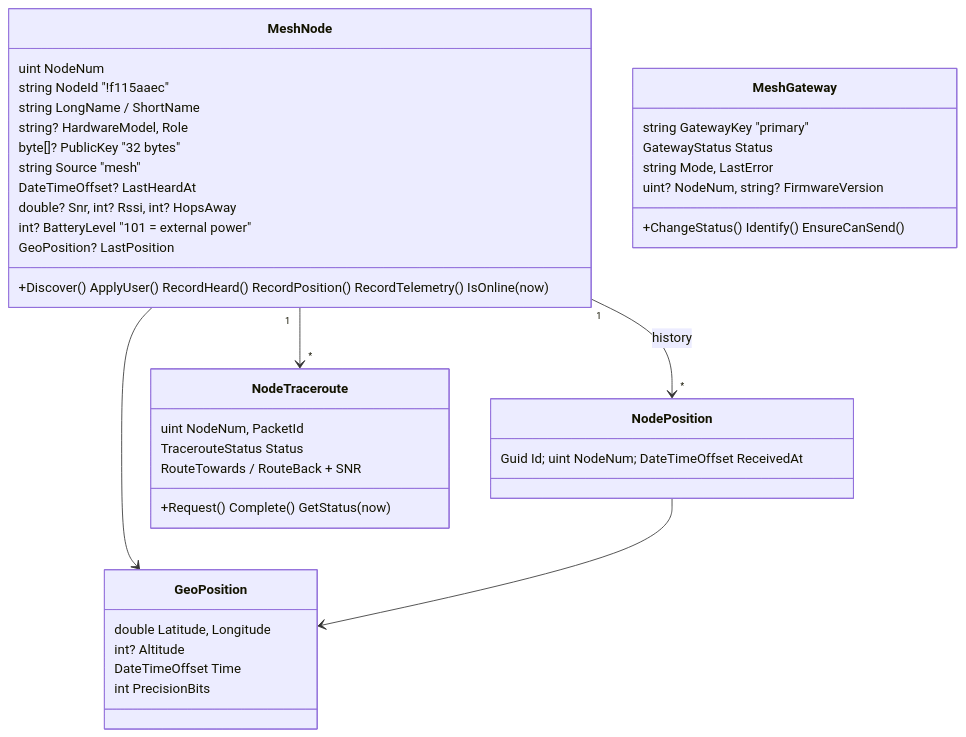
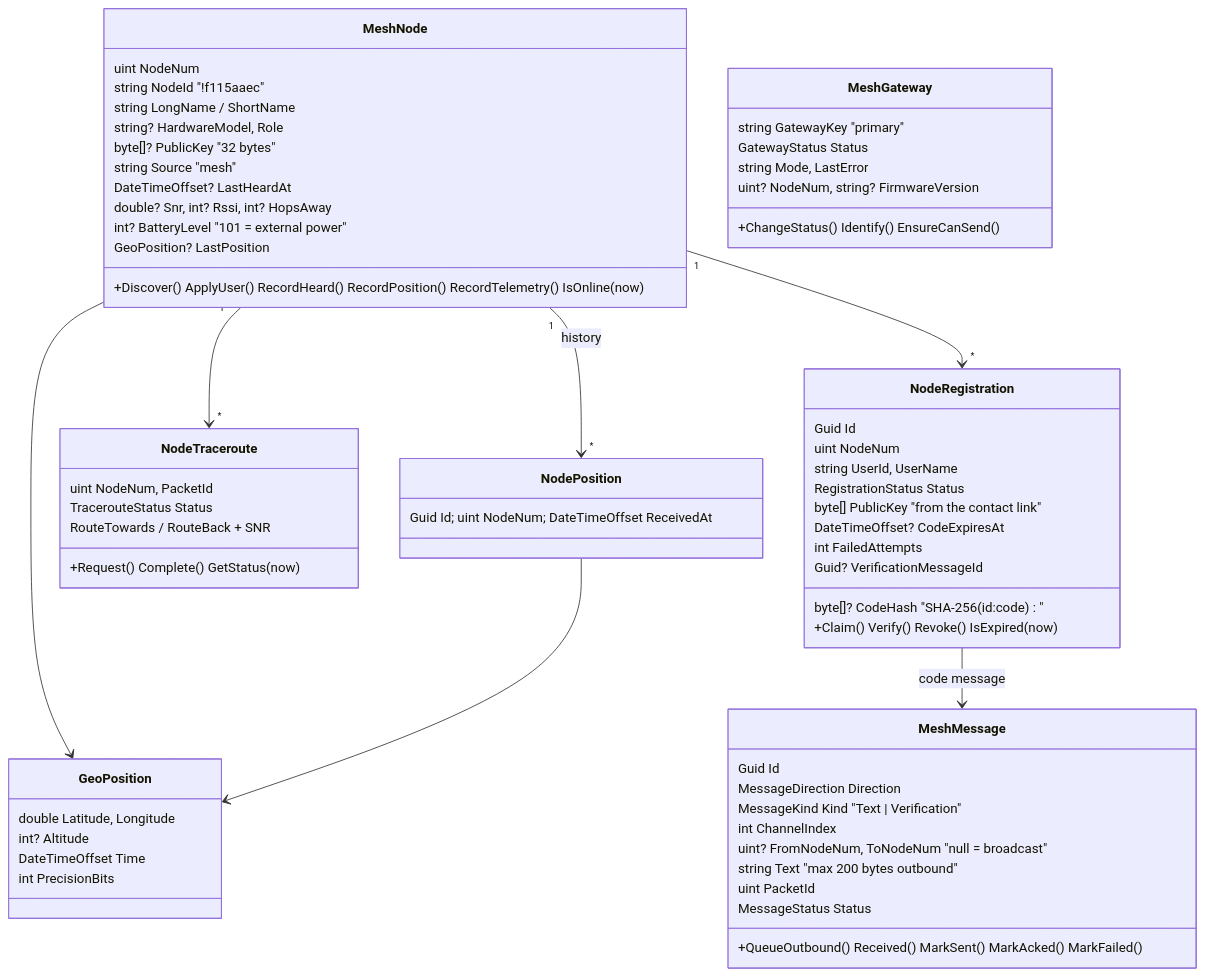
The sixth of 7 diagrams in Documentation/Mesh/README.md (PieterTaelman/MeshTrail), drawn with Mermaid before and after one commit. The commit also changed other lines of this file and 96 other files, not shown here.

First line of the commit message:
feat(api): add node registration and mesh messaging with delivery tracking

````diff
--- a/Documentation/Mesh/README.md
+++ b/Documentation/Mesh/README.md
@@ -109,40 +162,65 @@
 ```mermaid
 classDiagram
     class MeshNode {
         uint NodeNum
         string NodeId  "!f115aaec"
         string LongName / ShortName
         string? HardwareModel, Role
         byte[]? PublicKey  "32 bytes"
         string Source  "mesh"
         DateTimeOffset? LastHeardAt
         double? Snr, int? Rssi, int? HopsAway
         int? BatteryLevel  "101 = external power"
         GeoPosition? LastPosition
         +Discover() ApplyUser() RecordHeard() RecordPosition() RecordTelemetry() IsOnline(now)
     }
     class GeoPosition {
         double Latitude, Longitude
         int? Altitude
         DateTimeOffset Time
         int PrecisionBits
     }
     class NodePosition { Guid Id; uint NodeNum; DateTimeOffset ReceivedAt }
     class MeshGateway {
         string GatewayKey  "primary"
         GatewayStatus Status
         string Mode, LastError
         uint? NodeNum, string? FirmwareVersion
         +ChangeStatus() Identify() EnsureCanSend()
     }
     class NodeTraceroute {
         uint NodeNum, PacketId
         TracerouteStatus Status
         RouteTowards / RouteBack + SNR
         +Request() Complete() GetStatus(now)
     }
+    class NodeRegistration {
+        Guid Id
+        uint NodeNum
+        string UserId, UserName
+        RegistrationStatus Status
+        byte[] PublicKey  "from the contact link"
+        byte[]? CodeHash  "SHA-256(id:code)"
+        DateTimeOffset? CodeExpiresAt
+        int FailedAttempts
+        Guid? VerificationMessageId
+        +Claim() Verify() Revoke() IsExpired(now)
+    }
+    class MeshMessage {
+        Guid Id
+        MessageDirection Direction
+        MessageKind Kind  "Text | Verification"
+        int ChannelIndex
+        uint? FromNodeNum, ToNodeNum  "null = broadcast"
+        string Text  "max 200 bytes outbound"
+        uint PacketId
+        MessageStatus Status
+        +QueueOutbound() Received() MarkSent() MarkAcked() MarkFailed()
+    }
     MeshNode --> GeoPosition
     NodePosition --> GeoPosition
     MeshNode "1" --> "*" NodePosition : history
     MeshNode "1" --> "*" NodeTraceroute
+    MeshNode "1" --> "*" NodeRegistration
+    NodeRegistration --> MeshMessage : code message
 ```
````
